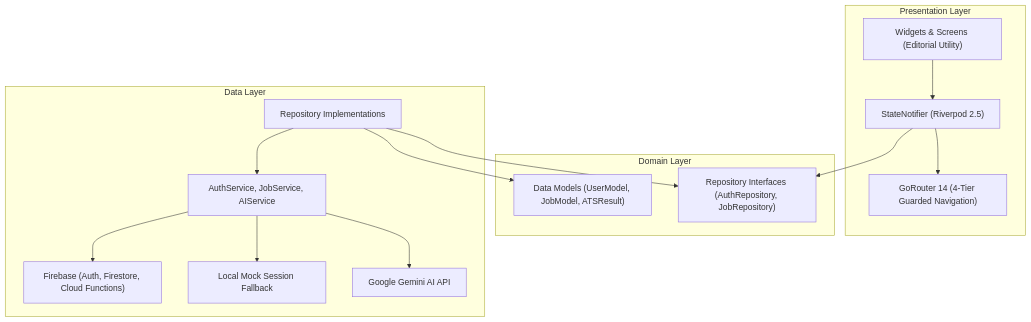
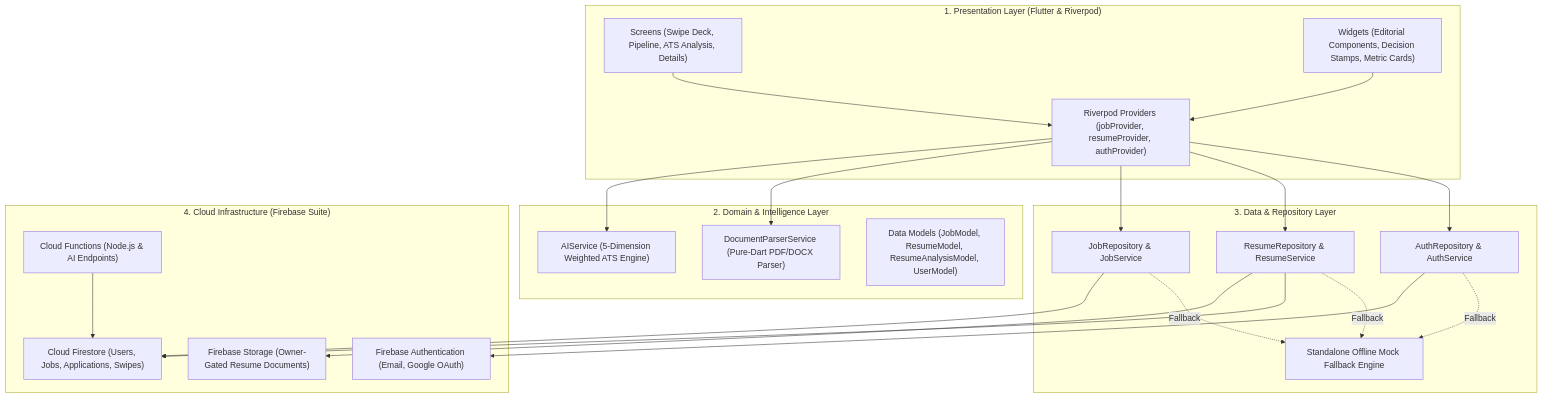
Before and after one commit to AmanTyagi-01/CareerSwipeAI: the first of 4 diagrams in README.md, drawn with Mermaid. The commit also changed other lines of this file and 2 other files, not shown here.

Commit message:
docs: overhaul README with premium SaaS visual identity, hero banner, screenshot gallery, and architecture diagrams

````diff
--- a/README.md
+++ b/README.md
@@ -313,31 +338,45 @@
 ```mermaid
 graph TD
-    subgraph Presentation ["Presentation Layer"]
-        UI["Widgets & Screens (Editorial Utility)"]
-        State["StateNotifier (Riverpod 2.5)"]
-        Router["GoRouter 14 (4-Tier Guarded Navigation)"]
+    subgraph PresentationLayer ["1. Presentation Layer (Flutter & Riverpod)"]
+        UI_Screens["Screens (Swipe Deck, Pipeline, ATS Analysis, Details)"]
+        UI_Widgets["Widgets (Editorial Components, Decision Stamps, Metric Cards)"]
+        Providers["Riverpod Providers (jobProvider, resumeProvider, authProvider)"]
     end
 
-    subgraph Domain ["Domain Layer"]
-        Models["Data Models (UserModel, JobModel, ATSResult)"]
-        RepoInterfaces["Repository Interfaces (AuthRepository, JobRepository)"]
+    subgraph DomainLayer ["2. Domain & Intelligence Layer"]
+        AIService["AIService (5-Dimension Weighted ATS Engine)"]
+        DocParser["DocumentParserService (Pure-Dart PDF/DOCX Parser)"]
+        Models["Data Models (JobModel, ResumeModel, ResumeAnalysisModel, UserModel)"]
     end
 
-    subgraph Data ["Data Layer"]
-        RepoImpl["Repository Implementations"]
-        Services["AuthService, JobService, AIService"]
-        Remote["Firebase (Auth, Firestore, Cloud Functions)"]
-        Local["Local Mock Session Fallback"]
-        AI["Google Gemini AI API"]
+    subgraph DataLayer ["3. Data & Repository Layer"]
+        JobRepo["JobRepository & JobService"]
+        ResumeRepo["ResumeRepository & ResumeService"]
+        AuthRepo["AuthRepository & AuthService"]
+        LocalMock["Standalone Offline Mock Fallback Engine"]
     end
 
-    UI --> State
-    State --> Router
-    State --> RepoInterfaces
-    RepoImpl --> RepoInterfaces
-    RepoImpl --> Services
-    Services --> Remote
-    Services --> Local
-    Services --> AI
-    RepoImpl --> Models
+    subgraph CloudLayer ["4. Cloud Infrastructure (Firebase Suite)"]
+        FireAuth["Firebase Authentication (Email, Google OAuth)"]
+        FirestoreDB["Cloud Firestore (Users, Jobs, Applications, Swipes)"]
+        FireStorage["Firebase Storage (Owner-Gated Resume Documents)"]
+        CloudFunc["Cloud Functions (Node.js & AI Endpoints)"]
+    end
+
+    UI_Screens --> Providers
+    UI_Widgets --> Providers
+    Providers --> AIService
+    Providers --> DocParser
+    Providers --> JobRepo
+    Providers --> ResumeRepo
+    Providers --> AuthRepo
+
+    JobRepo --> FirestoreDB
+    JobRepo -.->|Fallback| LocalMock
+    ResumeRepo --> FireStorage
+    ResumeRepo --> FirestoreDB
+    ResumeRepo -.->|Fallback| LocalMock
+    AuthRepo --> FireAuth
+    AuthRepo -.->|Fallback| LocalMock
+    CloudFunc --> FirestoreDB
 ```
````
